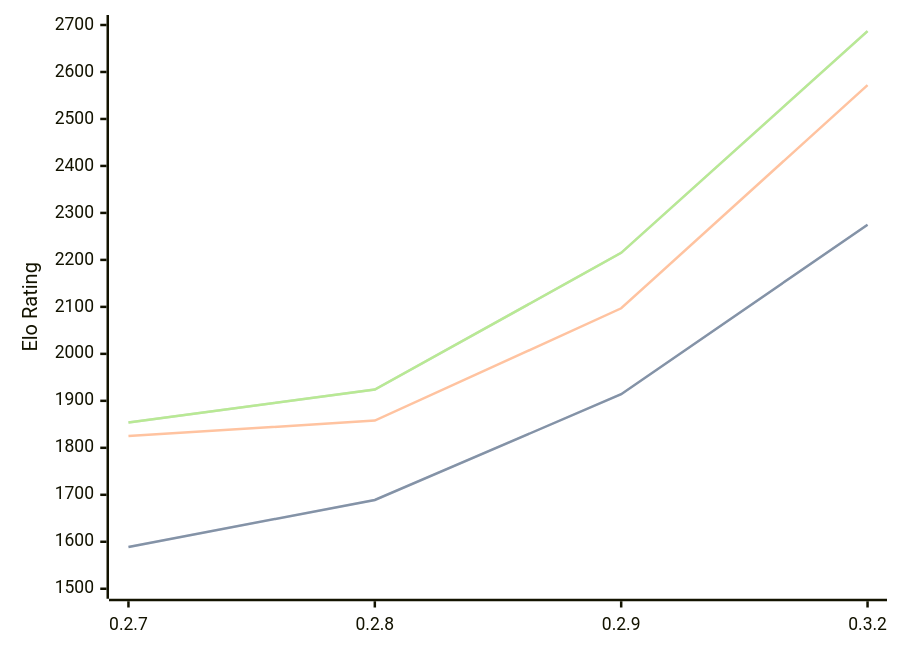
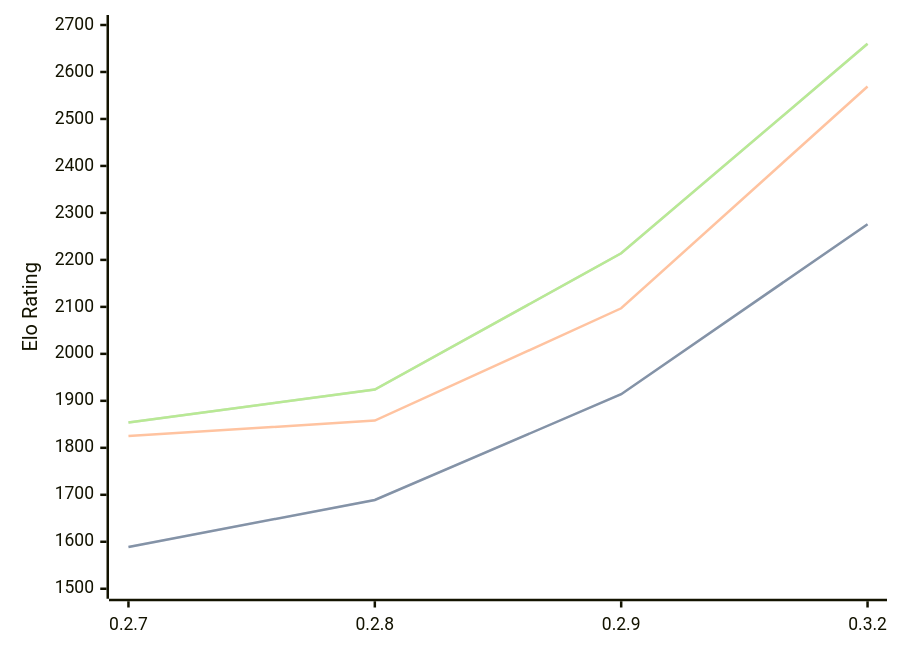
One commit to computer-chess-index/cci changed the third of 3 diagrams in engines/Dual.md. Above: the diagram before and after it, drawn with Mermaid. The commit also changed other lines of this file, not shown here.

Commit message:
Update CCI Ratings (ELO VLTC) - 2026-07-10

````diff
--- a/engines/Dual.md
+++ b/engines/Dual.md
@@ -77,11 +77,11 @@
 ```mermaid
 %%{init: {"theme":"base","themeVariables":{"seriesColors:['#a3a3a3','#222221','#faa371']}}}%%
 xychart-beta
   x-axis ["0.2.7", "0.2.8", "0.2.9", "0.3.2"]
   y-axis "Elo Rating" 1500 --> 2700
-  line "STC (8.0+0.08s)" [1589, 1689, 1914, 2275]
-  line "STC (8.0+0.08s)" [1589, 1689, 1914, 2275]
-  line "LTC (60.0+0.60s)" [1825, 1858, 2097, 2572]
-  line "VLTC (2m24s+1.12s)" [1854, 1924, 2215, 2687]
-  line "VLTC (2m24s+1.12s)" [1854, 1924, 2215, 2687]
+  line "STC (8.0+0.08s)" [1589, 1689, 1914, 2276]
+  line "STC (8.0+0.08s)" [1589, 1689, 1914, 2276]
+  line "LTC (60.0+0.60s)" [1825, 1858, 2097, 2569]
+  line "VLTC (2m24s+1.12s)" [1854, 1924, 2214, 2660]
+  line "VLTC (2m24s+1.12s)" [1854, 1924, 2214, 2660]
 ```
````
